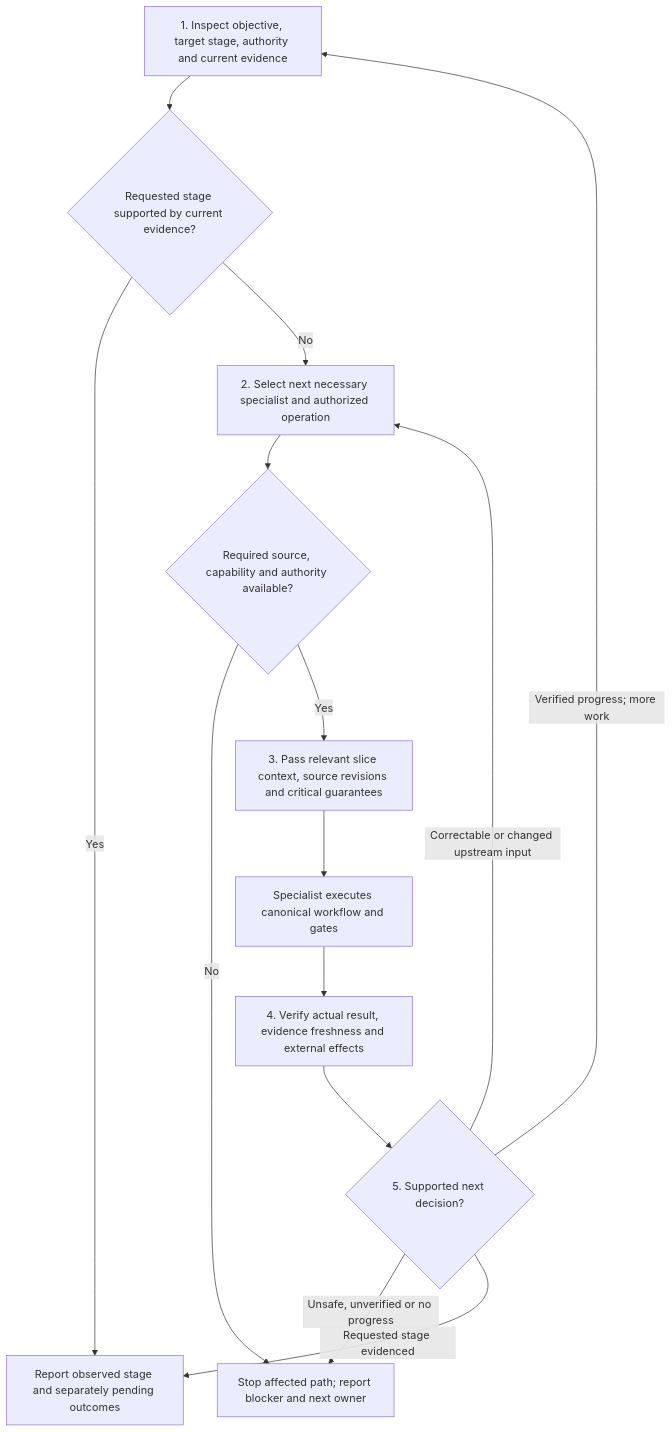
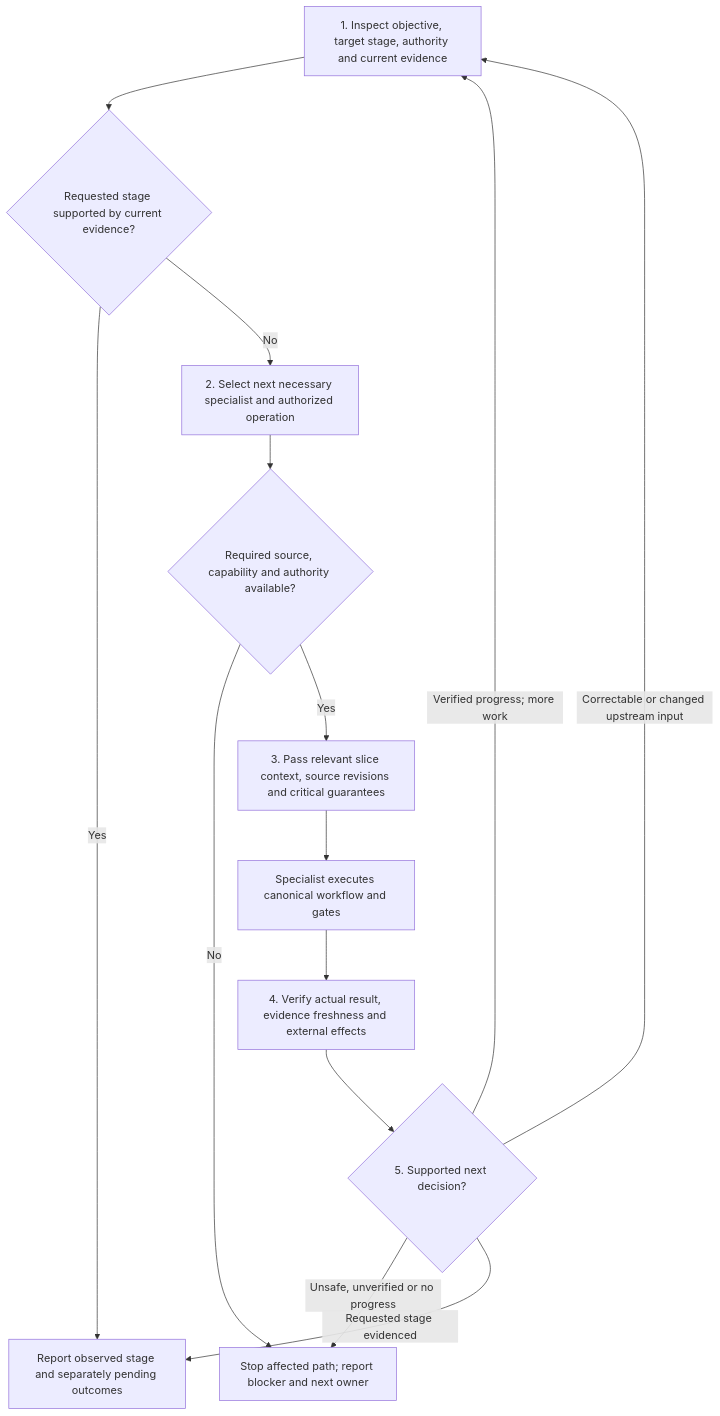
Before and after one commit to JadsonLucena/agent-toolkit: the diagram in contexts/delivery/skills/coordinate-delivery/SKILL.md, drawn with Mermaid. The commit also changed 1 other file, not shown here.

Commit message:
fix(delivery): re-inspect authorization and sources after corrections

````diff
--- a/contexts/delivery/skills/coordinate-delivery/SKILL.md
+++ b/contexts/delivery/skills/coordinate-delivery/SKILL.md
@@ -34,16 +34,16 @@
 ```mermaid
 flowchart TD
     Inspect["1. Inspect objective, target stage, authority and current evidence"] --> Reached{"Requested stage supported by current evidence?"}
     Reached -->|Yes| Done["Report observed stage and separately pending outcomes"]
     Reached -->|No| Select["2. Select next necessary specialist and authorized operation"]
     Select --> Allowed{"Required source, capability and authority available?"}
     Allowed -->|No| Block["Stop affected path; report blocker and next owner"]
     Allowed -->|Yes| Handoff["3. Pass relevant slice context, source revisions and critical guarantees"]
     Handoff --> Specialist["Specialist executes canonical workflow and gates"]
     Specialist --> Reconcile["4. Verify actual result, evidence freshness and external effects"]
     Reconcile --> Decide{"5. Supported next decision?"}
     Decide -->|Verified progress; more work| Inspect
-    Decide -->|Correctable or changed upstream input| Select
+    Decide -->|Correctable or changed upstream input| Inspect
     Decide -->|Unsafe, unverified or no progress| Block
     Decide -->|Requested stage evidenced| Done
 ```
````
